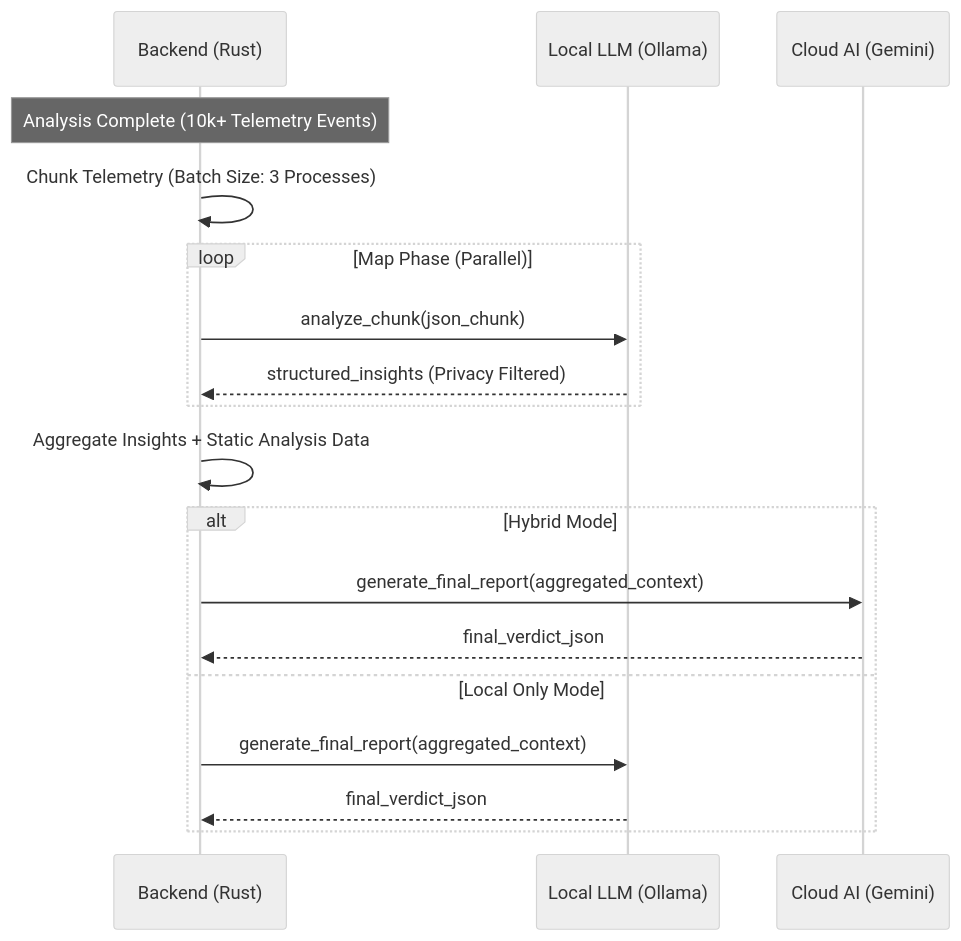
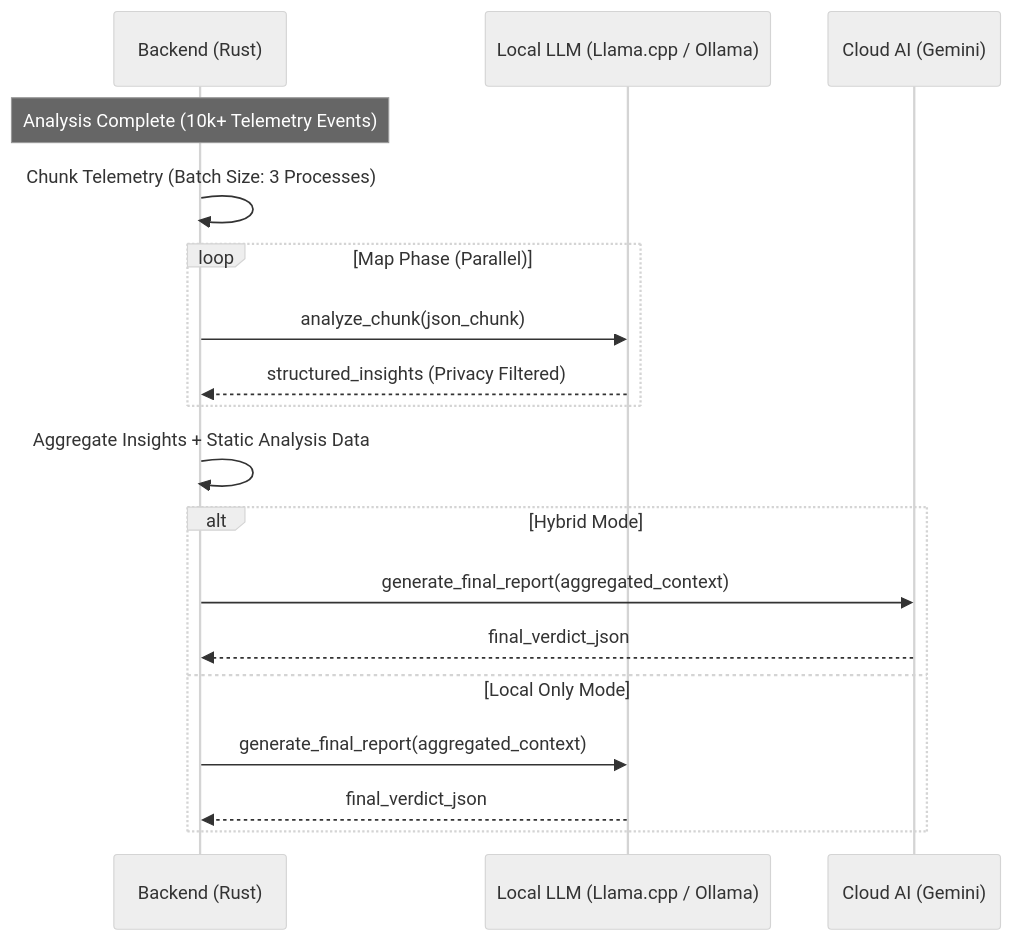
One commit to Sagz9000/TheVooDooBox changed the second of 2 diagrams in docs/02_ARCHITECTURE.md. Above: the diagram before and after it, drawn with Mermaid (neutral theme). The commit also changed other lines of this file and 3 other files, not shown here.

Commit message:
Docs: Unified llama.cpp vs Ollama comparison and performance recommendation across all guides

````diff
--- a/docs/02_ARCHITECTURE.md
+++ b/docs/02_ARCHITECTURE.md
@@ -63,25 +63,25 @@
 ```mermaid
 sequenceDiagram
     participant B as Backend (Rust)
-    participant L as Local LLM (Ollama)
+    participant L as Local LLM (Llama.cpp / Ollama)
     participant C as Cloud AI (Gemini)
 
     Note over B: Analysis Complete (10k+ Telemetry Events)
     
     B->>B: Chunk Telemetry (Batch Size: 3 Processes)
     
     loop Map Phase (Parallel)
         B->>L: analyze_chunk(json_chunk)
         L-->>B: structured_insights (Privacy Filtered)
     end
     
     B->>B: Aggregate Insights + Static Analysis Data
     
     alt Hybrid Mode
         B->>C: generate_final_report(aggregated_context)
         C-->>B: final_verdict_json
     else Local Only Mode
         B->>L: generate_final_report(aggregated_context)
         L-->>B: final_verdict_json
     end
 ```
````
